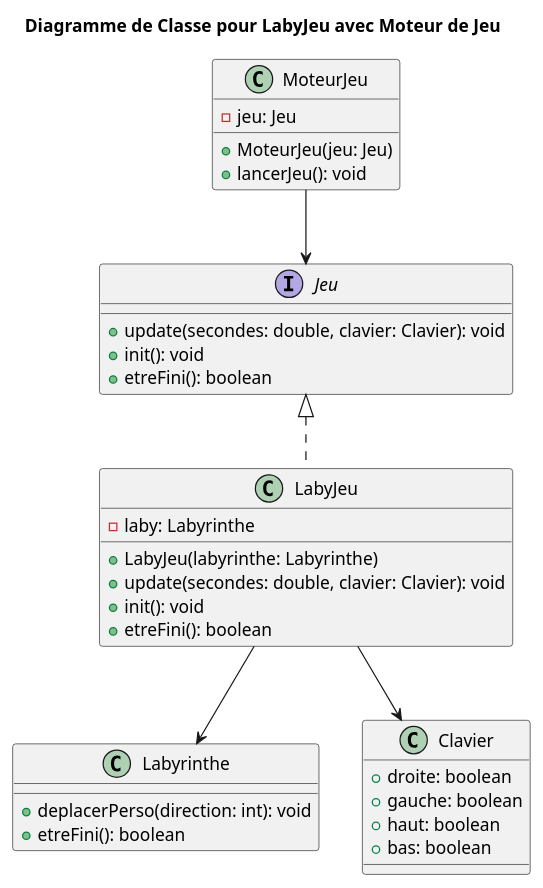
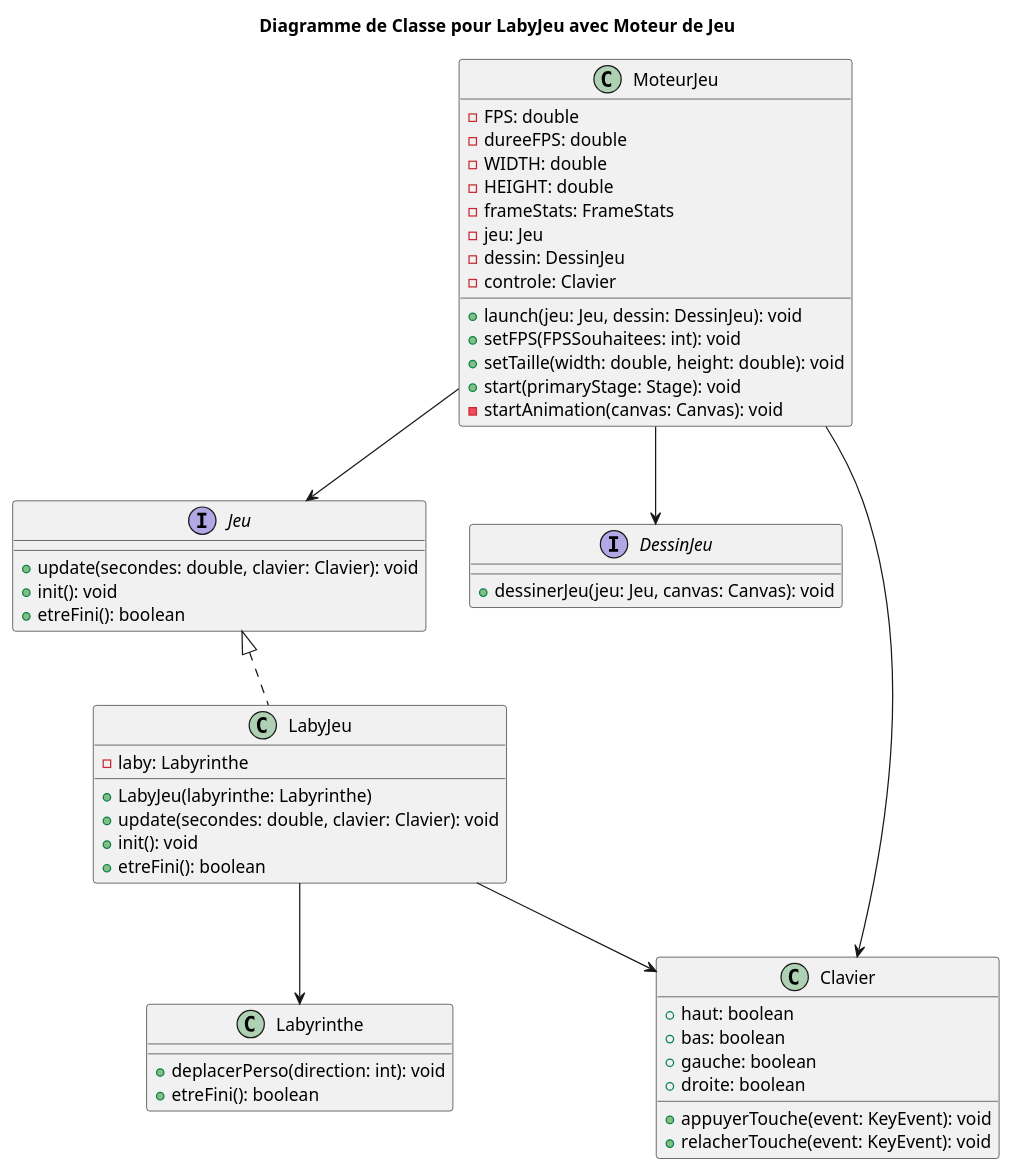
One commit to adrienMGN/2024_Zeldiablo_mangin225u_dewasch2u_favier36u_fontaine_noel332u changed the diagram in zeldiablo/src/gameLaby/laby/Fonctionnement_Diag.puml. Above: the diagram before and after it, drawn with PlantUML. The commit also changed 1 other file, not shown here.

Commit message:
update UML

```diff
--- a/zeldiablo/src/gameLaby/laby/Fonctionnement_Diag.puml
+++ b/zeldiablo/src/gameLaby/laby/Fonctionnement_Diag.puml
@@ -1,40 +1,59 @@
 @startuml
 title Diagramme de Classe pour LabyJeu avec Moteur de Jeu
 
 interface Jeu {
     +update(secondes: double, clavier: Clavier): void
     +init(): void
     +etreFini(): boolean
+}
+
+interface DessinJeu {
+    +dessinerJeu(jeu: Jeu, canvas: Canvas): void
 }
 
 class LabyJeu {
     -laby: Labyrinthe
     +LabyJeu(labyrinthe: Labyrinthe)
     +update(secondes: double, clavier: Clavier): void
     +init(): void
     +etreFini(): boolean
 }
 
 class Labyrinthe {
     +deplacerPerso(direction: int): void
     +etreFini(): boolean
 }
 
 class Clavier {
-    +droite: boolean
-    +gauche: boolean
     +haut: boolean
     +bas: boolean
+    +gauche: boolean
+    +droite: boolean
+    +appuyerTouche(event: KeyEvent): void
+    +relacherTouche(event: KeyEvent): void
 }
 
 class MoteurJeu {
+    -FPS: double
+    -dureeFPS: double
+    -WIDTH: double
+    -HEIGHT: double
+    -frameStats: FrameStats
     -jeu: Jeu
-    +MoteurJeu(jeu: Jeu)
-    +lancerJeu(): void
+    -dessin: DessinJeu
+    -controle: Clavier
+    +launch(jeu: Jeu, dessin: DessinJeu): void
+    +setFPS(FPSSouhaitees: int): void
+    +setTaille(width: double, height: double): void
+    +start(primaryStage: Stage): void
+    -startAnimation(canvas: Canvas): void
 }
 
 Jeu <|.. LabyJeu
 LabyJeu --> Labyrinthe
 LabyJeu --> Clavier
 MoteurJeu --> Jeu
+MoteurJeu --> DessinJeu
+MoteurJeu --> Clavier
+
 @enduml
```
